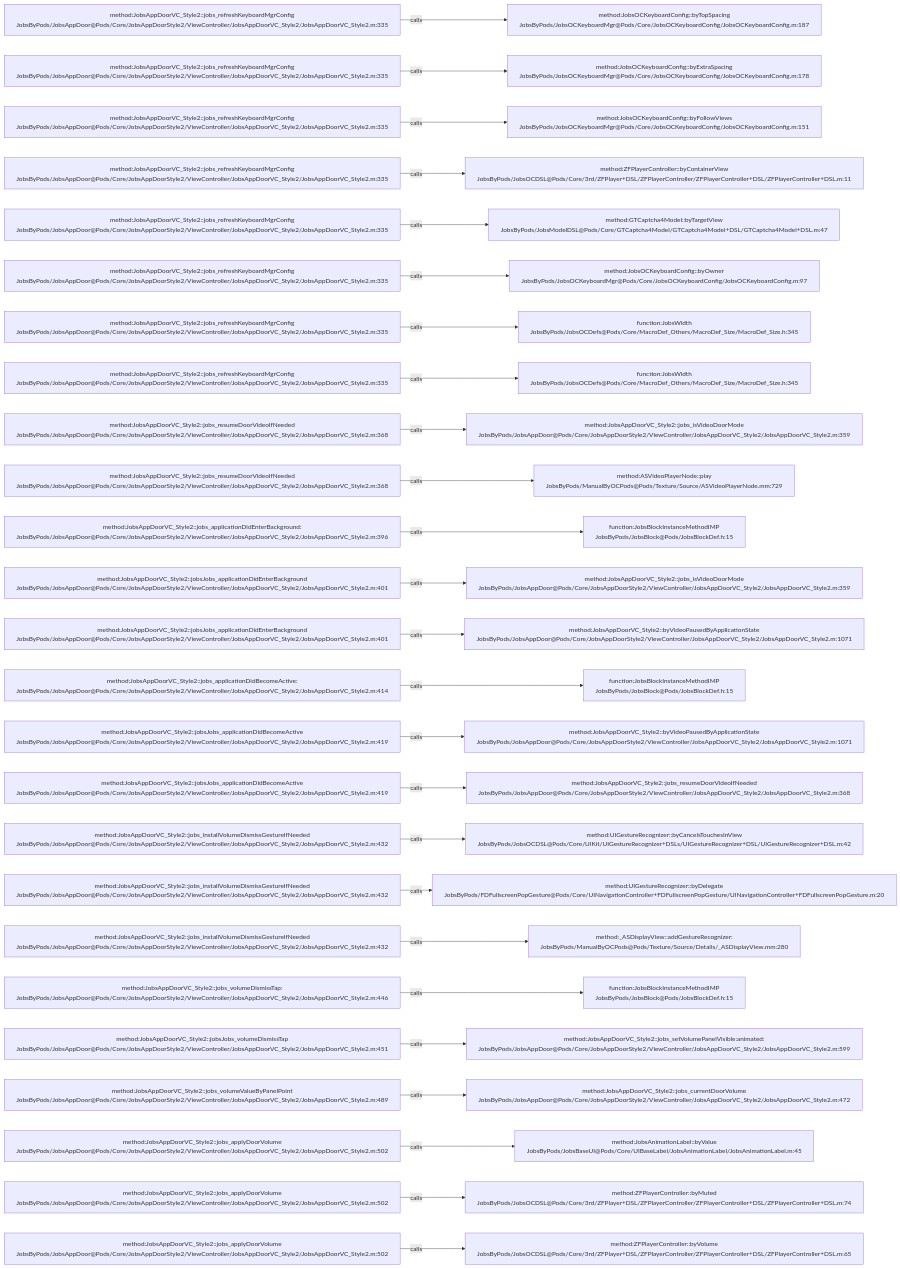
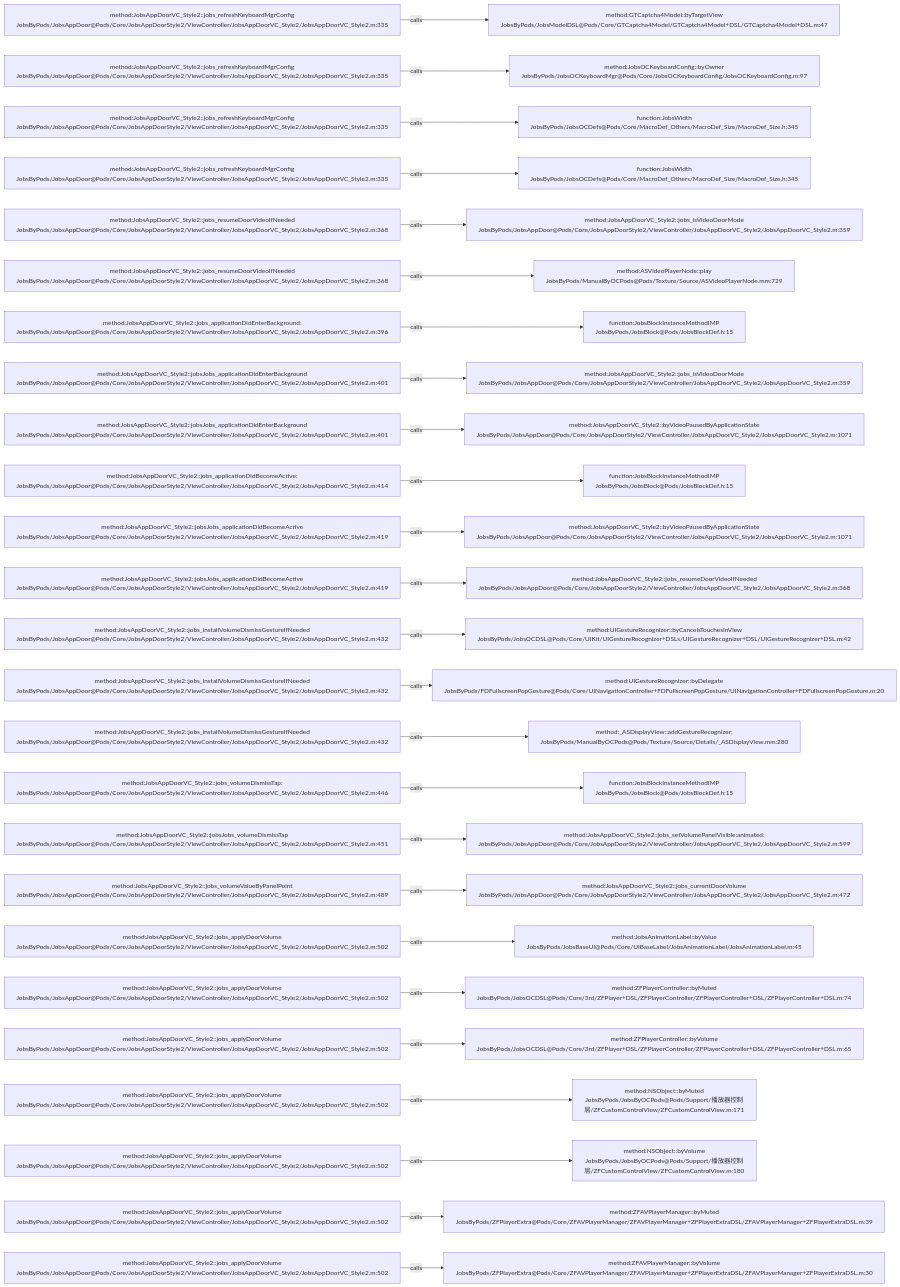
The diagram in .codegraph/codegraph.md/graphs/calls-138.md (JobsKits/JobsOCBaseConfigDemo), drawn with Mermaid before and after one commit. The commit also changed 116 other files, not shown here.

````diff
--- a/.codegraph/codegraph.md/graphs/calls-138.md
+++ b/.codegraph/codegraph.md/graphs/calls-138.md
@@ -13,78 +13,78 @@
 ```mermaid
 flowchart LR
   S1["method:JobsAppDoorVC_Style2::jobs_refreshKeyboardMgrConfig<br/>JobsByPods/JobsAppDoor@Pods/Core/JobsAppDoorStyle2/ViewController/JobsAppDoorVC_Style2/JobsAppDoorVC_Style2.m:335"]
-  T1["method:JobsOCKeyboardConfig::byTopSpacing<br/>JobsByPods/JobsOCKeyboardMgr@Pods/Core/JobsOCKeyboardConfig/JobsOCKeyboardConfig.m:187"]
+  T1["method:GTCaptcha4Model::byTargetView<br/>JobsByPods/JobsModelDSL@Pods/Core/GTCaptcha4Model/GTCaptcha4Model+DSL/GTCaptcha4Model+DSL.m:47"]
   S1 -->|calls| T1
   S2["method:JobsAppDoorVC_Style2::jobs_refreshKeyboardMgrConfig<br/>JobsByPods/JobsAppDoor@Pods/Core/JobsAppDoorStyle2/ViewController/JobsAppDoorVC_Style2/JobsAppDoorVC_Style2.m:335"]
-  T2["method:JobsOCKeyboardConfig::byExtraSpacing<br/>JobsByPods/JobsOCKeyboardMgr@Pods/Core/JobsOCKeyboardConfig/JobsOCKeyboardConfig.m:178"]
+  T2["method:JobsOCKeyboardConfig::byOwner<br/>JobsByPods/JobsOCKeyboardMgr@Pods/Core/JobsOCKeyboardConfig/JobsOCKeyboardConfig.m:97"]
   S2 -->|calls| T2
   S3["method:JobsAppDoorVC_Style2::jobs_refreshKeyboardMgrConfig<br/>JobsByPods/JobsAppDoor@Pods/Core/JobsAppDoorStyle2/ViewController/JobsAppDoorVC_Style2/JobsAppDoorVC_Style2.m:335"]
-  T3["method:JobsOCKeyboardConfig::byFollowViews<br/>JobsByPods/JobsOCKeyboardMgr@Pods/Core/JobsOCKeyboardConfig/JobsOCKeyboardConfig.m:151"]
+  T3["function:JobsWidth<br/>JobsByPods/JobsOCDefs@Pods/Core/MacroDef_Others/MacroDef_Size/MacroDef_Size.h:345"]
   S3 -->|calls| T3
   S4["method:JobsAppDoorVC_Style2::jobs_refreshKeyboardMgrConfig<br/>JobsByPods/JobsAppDoor@Pods/Core/JobsAppDoorStyle2/ViewController/JobsAppDoorVC_Style2/JobsAppDoorVC_Style2.m:335"]
-  T4["method:ZFPlayerController::byContainerView<br/>JobsByPods/JobsOCDSL@Pods/Core/3rd/ZFPlayer+DSL/ZFPlayerController/ZFPlayerController+DSL/ZFPlayerController+DSL.m:11"]
+  T4["function:JobsWidth<br/>JobsByPods/JobsOCDefs@Pods/Core/MacroDef_Others/MacroDef_Size/MacroDef_Size.h:345"]
   S4 -->|calls| T4
-  S5["method:JobsAppDoorVC_Style2::jobs_refreshKeyboardMgrConfig<br/>JobsByPods/JobsAppDoor@Pods/Core/JobsAppDoorStyle2/ViewController/JobsAppDoorVC_Style2/JobsAppDoorVC_Style2.m:335"]
-  T5["method:GTCaptcha4Model::byTargetView<br/>JobsByPods/JobsModelDSL@Pods/Core/GTCaptcha4Model/GTCaptcha4Model+DSL/GTCaptcha4Model+DSL.m:47"]
+  S5["method:JobsAppDoorVC_Style2::jobs_resumeDoorVideoIfNeeded<br/>JobsByPods/JobsAppDoor@Pods/Core/JobsAppDoorStyle2/ViewController/JobsAppDoorVC_Style2/JobsAppDoorVC_Style2.m:368"]
+  T5["method:JobsAppDoorVC_Style2::jobs_isVideoDoorMode<br/>JobsByPods/JobsAppDoor@Pods/Core/JobsAppDoorStyle2/ViewController/JobsAppDoorVC_Style2/JobsAppDoorVC_Style2.m:359"]
   S5 -->|calls| T5
-  S6["method:JobsAppDoorVC_Style2::jobs_refreshKeyboardMgrConfig<br/>JobsByPods/JobsAppDoor@Pods/Core/JobsAppDoorStyle2/ViewController/JobsAppDoorVC_Style2/JobsAppDoorVC_Style2.m:335"]
-  T6["method:JobsOCKeyboardConfig::byOwner<br/>JobsByPods/JobsOCKeyboardMgr@Pods/Core/JobsOCKeyboardConfig/JobsOCKeyboardConfig.m:97"]
+  S6["method:JobsAppDoorVC_Style2::jobs_resumeDoorVideoIfNeeded<br/>JobsByPods/JobsAppDoor@Pods/Core/JobsAppDoorStyle2/ViewController/JobsAppDoorVC_Style2/JobsAppDoorVC_Style2.m:368"]
+  T6["method:ASVideoPlayerNode::play<br/>JobsByPods/ManualByOCPods@Pods/Texture/Source/ASVideoPlayerNode.mm:729"]
   S6 -->|calls| T6
-  S7["method:JobsAppDoorVC_Style2::jobs_refreshKeyboardMgrConfig<br/>JobsByPods/JobsAppDoor@Pods/Core/JobsAppDoorStyle2/ViewController/JobsAppDoorVC_Style2/JobsAppDoorVC_Style2.m:335"]
-  T7["function:JobsWidth<br/>JobsByPods/JobsOCDefs@Pods/Core/MacroDef_Others/MacroDef_Size/MacroDef_Size.h:345"]
+  S7["method:JobsAppDoorVC_Style2::jobs_applicationDidEnterBackground:<br/>JobsByPods/JobsAppDoor@Pods/Core/JobsAppDoorStyle2/ViewController/JobsAppDoorVC_Style2/JobsAppDoorVC_Style2.m:396"]
+  T7["function:JobsBlockInstanceMethodIMP<br/>JobsByPods/JobsBlock@Pods/JobsBlockDef.h:15"]
   S7 -->|calls| T7
-  S8["method:JobsAppDoorVC_Style2::jobs_refreshKeyboardMgrConfig<br/>JobsByPods/JobsAppDoor@Pods/Core/JobsAppDoorStyle2/ViewController/JobsAppDoorVC_Style2/JobsAppDoorVC_Style2.m:335"]
-  T8["function:JobsWidth<br/>JobsByPods/JobsOCDefs@Pods/Core/MacroDef_Others/MacroDef_Size/MacroDef_Size.h:345"]
+  S8["method:JobsAppDoorVC_Style2::jobsJobs_applicationDidEnterBackground<br/>JobsByPods/JobsAppDoor@Pods/Core/JobsAppDoorStyle2/ViewController/JobsAppDoorVC_Style2/JobsAppDoorVC_Style2.m:401"]
+  T8["method:JobsAppDoorVC_Style2::jobs_isVideoDoorMode<br/>JobsByPods/JobsAppDoor@Pods/Core/JobsAppDoorStyle2/ViewController/JobsAppDoorVC_Style2/JobsAppDoorVC_Style2.m:359"]
   S8 -->|calls| T8
-  S9["method:JobsAppDoorVC_Style2::jobs_resumeDoorVideoIfNeeded<br/>JobsByPods/JobsAppDoor@Pods/Core/JobsAppDoorStyle2/ViewController/JobsAppDoorVC_Style2/JobsAppDoorVC_Style2.m:368"]
-  T9["method:JobsAppDoorVC_Style2::jobs_isVideoDoorMode<br/>JobsByPods/JobsAppDoor@Pods/Core/JobsAppDoorStyle2/ViewController/JobsAppDoorVC_Style2/JobsAppDoorVC_Style2.m:359"]
+  S9["method:JobsAppDoorVC_Style2::jobsJobs_applicationDidEnterBackground<br/>JobsByPods/JobsAppDoor@Pods/Core/JobsAppDoorStyle2/ViewController/JobsAppDoorVC_Style2/JobsAppDoorVC_Style2.m:401"]
+  T9["method:JobsAppDoorVC_Style2::byVideoPausedByApplicationState<br/>JobsByPods/JobsAppDoor@Pods/Core/JobsAppDoorStyle2/ViewController/JobsAppDoorVC_Style2/JobsAppDoorVC_Style2.m:1071"]
   S9 -->|calls| T9
-  S10["method:JobsAppDoorVC_Style2::jobs_resumeDoorVideoIfNeeded<br/>JobsByPods/JobsAppDoor@Pods/Core/JobsAppDoorStyle2/ViewController/JobsAppDoorVC_Style2/JobsAppDoorVC_Style2.m:368"]
-  T10["method:ASVideoPlayerNode::play<br/>JobsByPods/ManualByOCPods@Pods/Texture/Source/ASVideoPlayerNode.mm:729"]
+  S10["method:JobsAppDoorVC_Style2::jobs_applicationDidBecomeActive:<br/>JobsByPods/JobsAppDoor@Pods/Core/JobsAppDoorStyle2/ViewController/JobsAppDoorVC_Style2/JobsAppDoorVC_Style2.m:414"]
+  T10["function:JobsBlockInstanceMethodIMP<br/>JobsByPods/JobsBlock@Pods/JobsBlockDef.h:15"]
   S10 -->|calls| T10
-  S11["method:JobsAppDoorVC_Style2::jobs_applicationDidEnterBackground:<br/>JobsByPods/JobsAppDoor@Pods/Core/JobsAppDoorStyle2/ViewController/JobsAppDoorVC_Style2/JobsAppDoorVC_Style2.m:396"]
-  T11["function:JobsBlockInstanceMethodIMP<br/>JobsByPods/JobsBlock@Pods/JobsBlockDef.h:15"]
+  S11["method:JobsAppDoorVC_Style2::jobsJobs_applicationDidBecomeActive<br/>JobsByPods/JobsAppDoor@Pods/Core/JobsAppDoorStyle2/ViewController/JobsAppDoorVC_Style2/JobsAppDoorVC_Style2.m:419"]
+  T11["method:JobsAppDoorVC_Style2::byVideoPausedByApplicationState<br/>JobsByPods/JobsAppDoor@Pods/Core/JobsAppDoorStyle2/ViewController/JobsAppDoorVC_Style2/JobsAppDoorVC_Style2.m:1071"]
   S11 -->|calls| T11
-  S12["method:JobsAppDoorVC_Style2::jobsJobs_applicationDidEnterBackground<br/>JobsByPods/JobsAppDoor@Pods/Core/JobsAppDoorStyle2/ViewController/JobsAppDoorVC_Style2/JobsAppDoorVC_Style2.m:401"]
-  T12["method:JobsAppDoorVC_Style2::jobs_isVideoDoorMode<br/>JobsByPods/JobsAppDoor@Pods/Core/JobsAppDoorStyle2/ViewController/JobsAppDoorVC_Style2/JobsAppDoorVC_Style2.m:359"]
+  S12["method:JobsAppDoorVC_Style2::jobsJobs_applicationDidBecomeActive<br/>JobsByPods/JobsAppDoor@Pods/Core/JobsAppDoorStyle2/ViewController/JobsAppDoorVC_Style2/JobsAppDoorVC_Style2.m:419"]
+  T12["method:JobsAppDoorVC_Style2::jobs_resumeDoorVideoIfNeeded<br/>JobsByPods/JobsAppDoor@Pods/Core/JobsAppDoorStyle2/ViewController/JobsAppDoorVC_Style2/JobsAppDoorVC_Style2.m:368"]
   S12 -->|calls| T12
-  S13["method:JobsAppDoorVC_Style2::jobsJobs_applicationDidEnterBackground<br/>JobsByPods/JobsAppDoor@Pods/Core/JobsAppDoorStyle2/ViewController/JobsAppDoorVC_Style2/JobsAppDoorVC_Style2.m:401"]
-  T13["method:JobsAppDoorVC_Style2::byVideoPausedByApplicationState<br/>JobsByPods/JobsAppDoor@Pods/Core/JobsAppDoorStyle2/ViewController/JobsAppDoorVC_Style2/JobsAppDoorVC_Style2.m:1071"]
+  S13["method:JobsAppDoorVC_Style2::jobs_installVolumeDismissGestureIfNeeded<br/>JobsByPods/JobsAppDoor@Pods/Core/JobsAppDoorStyle2/ViewController/JobsAppDoorVC_Style2/JobsAppDoorVC_Style2.m:432"]
+  T13["method:UIGestureRecognizer::byCancelsTouchesInView<br/>JobsByPods/JobsOCDSL@Pods/Core/UIKit/UIGestureRecognizer+DSLs/UIGestureRecognizer+DSL/UIGestureRecognizer+DSL.m:42"]
   S13 -->|calls| T13
-  S14["method:JobsAppDoorVC_Style2::jobs_applicationDidBecomeActive:<br/>JobsByPods/JobsAppDoor@Pods/Core/JobsAppDoorStyle2/ViewController/JobsAppDoorVC_Style2/JobsAppDoorVC_Style2.m:414"]
-  T14["function:JobsBlockInstanceMethodIMP<br/>JobsByPods/JobsBlock@Pods/JobsBlockDef.h:15"]
+  S14["method:JobsAppDoorVC_Style2::jobs_installVolumeDismissGestureIfNeeded<br/>JobsByPods/JobsAppDoor@Pods/Core/JobsAppDoorStyle2/ViewController/JobsAppDoorVC_Style2/JobsAppDoorVC_Style2.m:432"]
+  T14["method:UIGestureRecognizer::byDelegate<br/>JobsByPods/FDFullscreenPopGesture@Pods/Core/UINavigationController+FDFullscreenPopGesture/UINavigationController+FDFullscreenPopGesture.m:20"]
   S14 -->|calls| T14
-  S15["method:JobsAppDoorVC_Style2::jobsJobs_applicationDidBecomeActive<br/>JobsByPods/JobsAppDoor@Pods/Core/JobsAppDoorStyle2/ViewController/JobsAppDoorVC_Style2/JobsAppDoorVC_Style2.m:419"]
-  T15["method:JobsAppDoorVC_Style2::byVideoPausedByApplicationState<br/>JobsByPods/JobsAppDoor@Pods/Core/JobsAppDoorStyle2/ViewController/JobsAppDoorVC_Style2/JobsAppDoorVC_Style2.m:1071"]
+  S15["method:JobsAppDoorVC_Style2::jobs_installVolumeDismissGestureIfNeeded<br/>JobsByPods/JobsAppDoor@Pods/Core/JobsAppDoorStyle2/ViewController/JobsAppDoorVC_Style2/JobsAppDoorVC_Style2.m:432"]
+  T15["method:_ASDisplayView::addGestureRecognizer:<br/>JobsByPods/ManualByOCPods@Pods/Texture/Source/Details/_ASDisplayView.mm:280"]
   S15 -->|calls| T15
-  S16["method:JobsAppDoorVC_Style2::jobsJobs_applicationDidBecomeActive<br/>JobsByPods/JobsAppDoor@Pods/Core/JobsAppDoorStyle2/ViewController/JobsAppDoorVC_Style2/JobsAppDoorVC_Style2.m:419"]
-  T16["method:JobsAppDoorVC_Style2::jobs_resumeDoorVideoIfNeeded<br/>JobsByPods/JobsAppDoor@Pods/Core/JobsAppDoorStyle2/ViewController/JobsAppDoorVC_Style2/JobsAppDoorVC_Style2.m:368"]
+  S16["method:JobsAppDoorVC_Style2::jobs_volumeDismissTap:<br/>JobsByPods/JobsAppDoor@Pods/Core/JobsAppDoorStyle2/ViewController/JobsAppDoorVC_Style2/JobsAppDoorVC_Style2.m:446"]
+  T16["function:JobsBlockInstanceMethodIMP<br/>JobsByPods/JobsBlock@Pods/JobsBlockDef.h:15"]
   S16 -->|calls| T16
-  S17["method:JobsAppDoorVC_Style2::jobs_installVolumeDismissGestureIfNeeded<br/>JobsByPods/JobsAppDoor@Pods/Core/JobsAppDoorStyle2/ViewController/JobsAppDoorVC_Style2/JobsAppDoorVC_Style2.m:432"]
-  T17["method:UIGestureRecognizer::byCancelsTouchesInView<br/>JobsByPods/JobsOCDSL@Pods/Core/UIKit/UIGestureRecognizer+DSLs/UIGestureRecognizer+DSL/UIGestureRecognizer+DSL.m:42"]
+  S17["method:JobsAppDoorVC_Style2::jobsJobs_volumeDismissTap<br/>JobsByPods/JobsAppDoor@Pods/Core/JobsAppDoorStyle2/ViewController/JobsAppDoorVC_Style2/JobsAppDoorVC_Style2.m:451"]
+  T17["method:JobsAppDoorVC_Style2::jobs_setVolumePanelVisible:animated:<br/>JobsByPods/JobsAppDoor@Pods/Core/JobsAppDoorStyle2/ViewController/JobsAppDoorVC_Style2/JobsAppDoorVC_Style2.m:599"]
   S17 -->|calls| T17
-  S18["method:JobsAppDoorVC_Style2::jobs_installVolumeDismissGestureIfNeeded<br/>JobsByPods/JobsAppDoor@Pods/Core/JobsAppDoorStyle2/ViewController/JobsAppDoorVC_Style2/JobsAppDoorVC_Style2.m:432"]
-  T18["method:UIGestureRecognizer::byDelegate<br/>JobsByPods/FDFullscreenPopGesture@Pods/Core/UINavigationController+FDFullscreenPopGesture/UINavigationController+FDFullscreenPopGesture.m:20"]
+  S18["method:JobsAppDoorVC_Style2::jobs_volumeValueByPanelPoint<br/>JobsByPods/JobsAppDoor@Pods/Core/JobsAppDoorStyle2/ViewController/JobsAppDoorVC_Style2/JobsAppDoorVC_Style2.m:489"]
+  T18["method:JobsAppDoorVC_Style2::jobs_currentDoorVolume<br/>JobsByPods/JobsAppDoor@Pods/Core/JobsAppDoorStyle2/ViewController/JobsAppDoorVC_Style2/JobsAppDoorVC_Style2.m:472"]
   S18 -->|calls| T18
-  S19["method:JobsAppDoorVC_Style2::jobs_installVolumeDismissGestureIfNeeded<br/>JobsByPods/JobsAppDoor@Pods/Core/JobsAppDoorStyle2/ViewController/JobsAppDoorVC_Style2/JobsAppDoorVC_Style2.m:432"]
-  T19["method:_ASDisplayView::addGestureRecognizer:<br/>JobsByPods/ManualByOCPods@Pods/Texture/Source/Details/_ASDisplayView.mm:280"]
+  S19["method:JobsAppDoorVC_Style2::jobs_applyDoorVolume<br/>JobsByPods/JobsAppDoor@Pods/Core/JobsAppDoorStyle2/ViewController/JobsAppDoorVC_Style2/JobsAppDoorVC_Style2.m:502"]
+  T19["method:JobsAnimationLabel::byValue<br/>JobsByPods/JobsBaseUI@Pods/Core/UIBaseLabel/JobsAnimationLabel/JobsAnimationLabel.m:45"]
   S19 -->|calls| T19
-  S20["method:JobsAppDoorVC_Style2::jobs_volumeDismissTap:<br/>JobsByPods/JobsAppDoor@Pods/Core/JobsAppDoorStyle2/ViewController/JobsAppDoorVC_Style2/JobsAppDoorVC_Style2.m:446"]
-  T20["function:JobsBlockInstanceMethodIMP<br/>JobsByPods/JobsBlock@Pods/JobsBlockDef.h:15"]
+  S20["method:JobsAppDoorVC_Style2::jobs_applyDoorVolume<br/>JobsByPods/JobsAppDoor@Pods/Core/JobsAppDoorStyle2/ViewController/JobsAppDoorVC_Style2/JobsAppDoorVC_Style2.m:502"]
+  T20["method:ZFPlayerController::byMuted<br/>JobsByPods/JobsOCDSL@Pods/Core/3rd/ZFPlayer+DSL/ZFPlayerController/ZFPlayerController+DSL/ZFPlayerController+DSL.m:74"]
   S20 -->|calls| T20
-  S21["method:JobsAppDoorVC_Style2::jobsJobs_volumeDismissTap<br/>JobsByPods/JobsAppDoor@Pods/Core/JobsAppDoorStyle2/ViewController/JobsAppDoorVC_Style2/JobsAppDoorVC_Style2.m:451"]
-  T21["method:JobsAppDoorVC_Style2::jobs_setVolumePanelVisible:animated:<br/>JobsByPods/JobsAppDoor@Pods/Core/JobsAppDoorStyle2/ViewController/JobsAppDoorVC_Style2/JobsAppDoorVC_Style2.m:599"]
+  S21["method:JobsAppDoorVC_Style2::jobs_applyDoorVolume<br/>JobsByPods/JobsAppDoor@Pods/Core/JobsAppDoorStyle2/ViewController/JobsAppDoorVC_Style2/JobsAppDoorVC_Style2.m:502"]
+  T21["method:ZFPlayerController::byVolume<br/>JobsByPods/JobsOCDSL@Pods/Core/3rd/ZFPlayer+DSL/ZFPlayerController/ZFPlayerController+DSL/ZFPlayerController+DSL.m:65"]
   S21 -->|calls| T21
-  S22["method:JobsAppDoorVC_Style2::jobs_volumeValueByPanelPoint<br/>JobsByPods/JobsAppDoor@Pods/Core/JobsAppDoorStyle2/ViewController/JobsAppDoorVC_Style2/JobsAppDoorVC_Style2.m:489"]
-  T22["method:JobsAppDoorVC_Style2::jobs_currentDoorVolume<br/>JobsByPods/JobsAppDoor@Pods/Core/JobsAppDoorStyle2/ViewController/JobsAppDoorVC_Style2/JobsAppDoorVC_Style2.m:472"]
+  S22["method:JobsAppDoorVC_Style2::jobs_applyDoorVolume<br/>JobsByPods/JobsAppDoor@Pods/Core/JobsAppDoorStyle2/ViewController/JobsAppDoorVC_Style2/JobsAppDoorVC_Style2.m:502"]
+  T22["method:NSObject::byMuted<br/>JobsByPods/JobsByOCPods@Pods/Support/播放器控制层/ZFCustomControlView/ZFCustomControlView.m:171"]
   S22 -->|calls| T22
   S23["method:JobsAppDoorVC_Style2::jobs_applyDoorVolume<br/>JobsByPods/JobsAppDoor@Pods/Core/JobsAppDoorStyle2/ViewController/JobsAppDoorVC_Style2/JobsAppDoorVC_Style2.m:502"]
-  T23["method:JobsAnimationLabel::byValue<br/>JobsByPods/JobsBaseUI@Pods/Core/UIBaseLabel/JobsAnimationLabel/JobsAnimationLabel.m:45"]
+  T23["method:NSObject::byVolume<br/>JobsByPods/JobsByOCPods@Pods/Support/播放器控制层/ZFCustomControlView/ZFCustomControlView.m:180"]
   S23 -->|calls| T23
   S24["method:JobsAppDoorVC_Style2::jobs_applyDoorVolume<br/>JobsByPods/JobsAppDoor@Pods/Core/JobsAppDoorStyle2/ViewController/JobsAppDoorVC_Style2/JobsAppDoorVC_Style2.m:502"]
-  T24["method:ZFPlayerController::byMuted<br/>JobsByPods/JobsOCDSL@Pods/Core/3rd/ZFPlayer+DSL/ZFPlayerController/ZFPlayerController+DSL/ZFPlayerController+DSL.m:74"]
+  T24["method:ZFAVPlayerManager::byMuted<br/>JobsByPods/ZFPlayerExtra@Pods/Core/ZFAVPlayerManager/ZFAVPlayerManager+ZFPlayerExtraDSL/ZFAVPlayerManager+ZFPlayerExtraDSL.m:39"]
   S24 -->|calls| T24
   S25["method:JobsAppDoorVC_Style2::jobs_applyDoorVolume<br/>JobsByPods/JobsAppDoor@Pods/Core/JobsAppDoorStyle2/ViewController/JobsAppDoorVC_Style2/JobsAppDoorVC_Style2.m:502"]
-  T25["method:ZFPlayerController::byVolume<br/>JobsByPods/JobsOCDSL@Pods/Core/3rd/ZFPlayer+DSL/ZFPlayerController/ZFPlayerController+DSL/ZFPlayerController+DSL.m:65"]
+  T25["method:ZFAVPlayerManager::byVolume<br/>JobsByPods/ZFPlayerExtra@Pods/Core/ZFAVPlayerManager/ZFAVPlayerManager+ZFPlayerExtraDSL/ZFAVPlayerManager+ZFPlayerExtraDSL.m:30"]
   S25 -->|calls| T25
 ```
````
